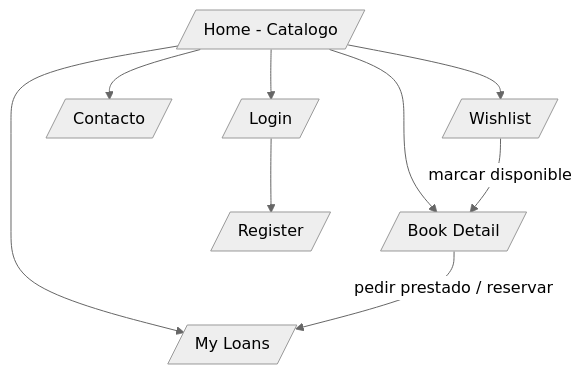
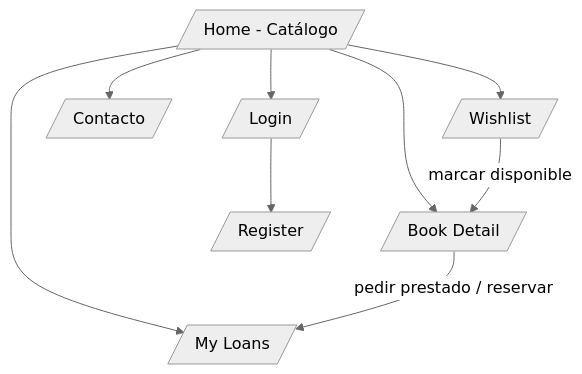
Before and after one commit to Jhon6723/capstone-web-dev: the diagram in docs/design/wireframes.md, drawn with Mermaid (neutral theme). The commit also changed other lines of this file and 2 other files, not shown here.

````diff
--- a/docs/design/wireframes.md
+++ b/docs/design/wireframes.md
@@ -9,11 +9,11 @@
 ```mermaid
 flowchart TD
-    H[/Home - Catalogo/] --> BD[/Book Detail/]
+    H[/Home - Catálogo/] --> BD[/Book Detail/]
     H --> L[/My Loans/]
     H --> W[/Wishlist/]
     H --> C[/Contacto/]
     H --> LI[/Login/]
     LI --> RG[/Register/]
     BD -->|pedir prestado / reservar| L
     W -->|marcar disponible| BD
 ```
````
